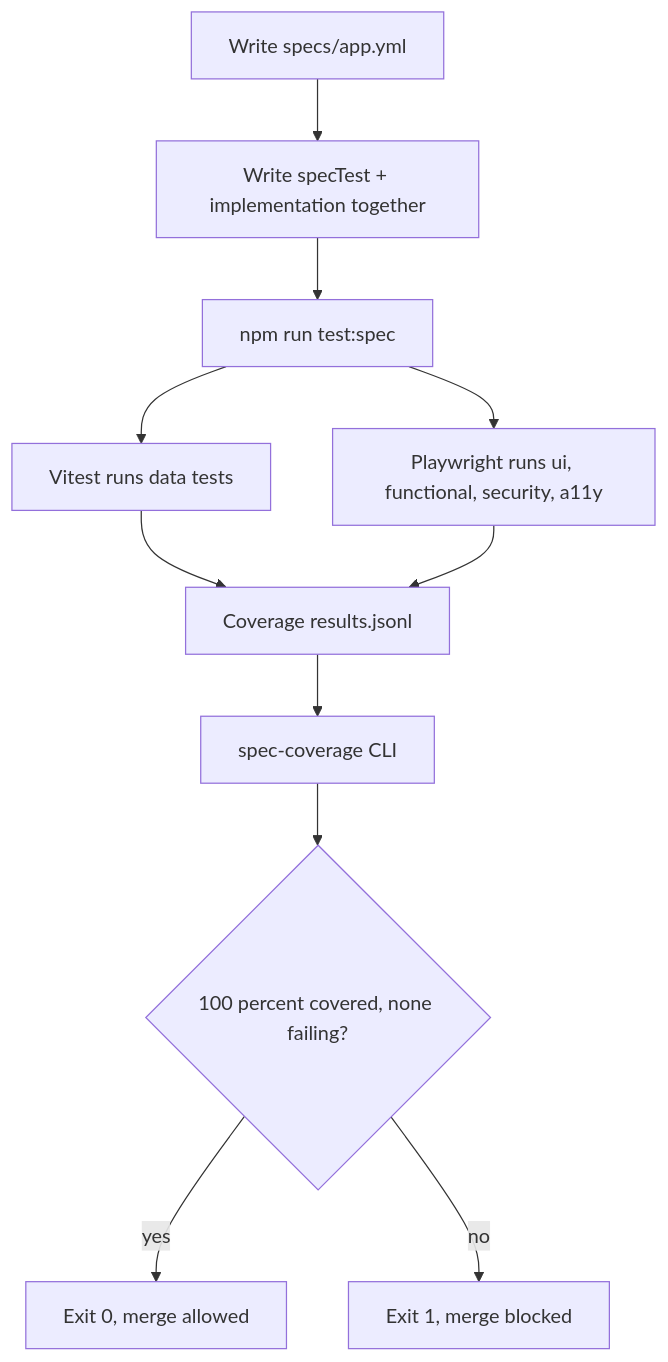
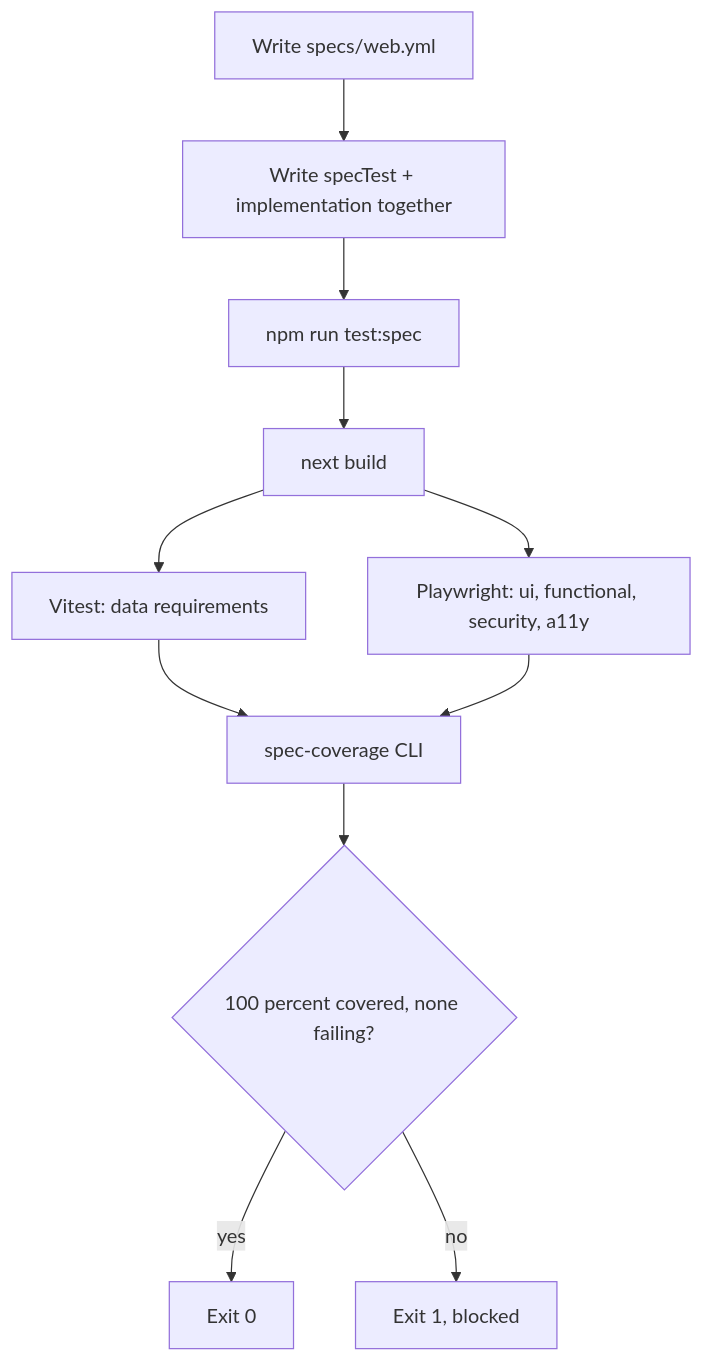
The eighth of 8 diagrams in README.md (elleskay/ai-tax-assistant-platform), drawn with Mermaid before and after one commit. The commit also changed other lines of this file and 19 other files, not shown here.

````diff
--- a/README.md
+++ b/README.md
@@ -192,13 +322,13 @@
 ```mermaid
 flowchart TD
-  A[Write specs/app.yml] --> B[Write specTest + implementation together]
+  A[Write specs/web.yml] --> B[Write specTest + implementation together]
   B --> C[npm run test:spec]
-  C --> D[Vitest runs data tests]
-  C --> E[Playwright runs ui, functional, security, a11y]
-  D --> F[Coverage results.jsonl]
-  E --> F
-  F --> G[spec-coverage CLI]
+  C --> D[next build]
+  D --> E[Vitest: data requirements]
+  D --> F[Playwright: ui, functional, security, a11y]
+  E --> G[spec-coverage CLI]
+  F --> G
   G --> H{100 percent covered, none failing?}
-  H -->|yes| I[Exit 0, merge allowed]
-  H -->|no| J[Exit 1, merge blocked]
+  H -->|yes| I[Exit 0]
+  H -->|no| J[Exit 1, blocked]
 ```
````
